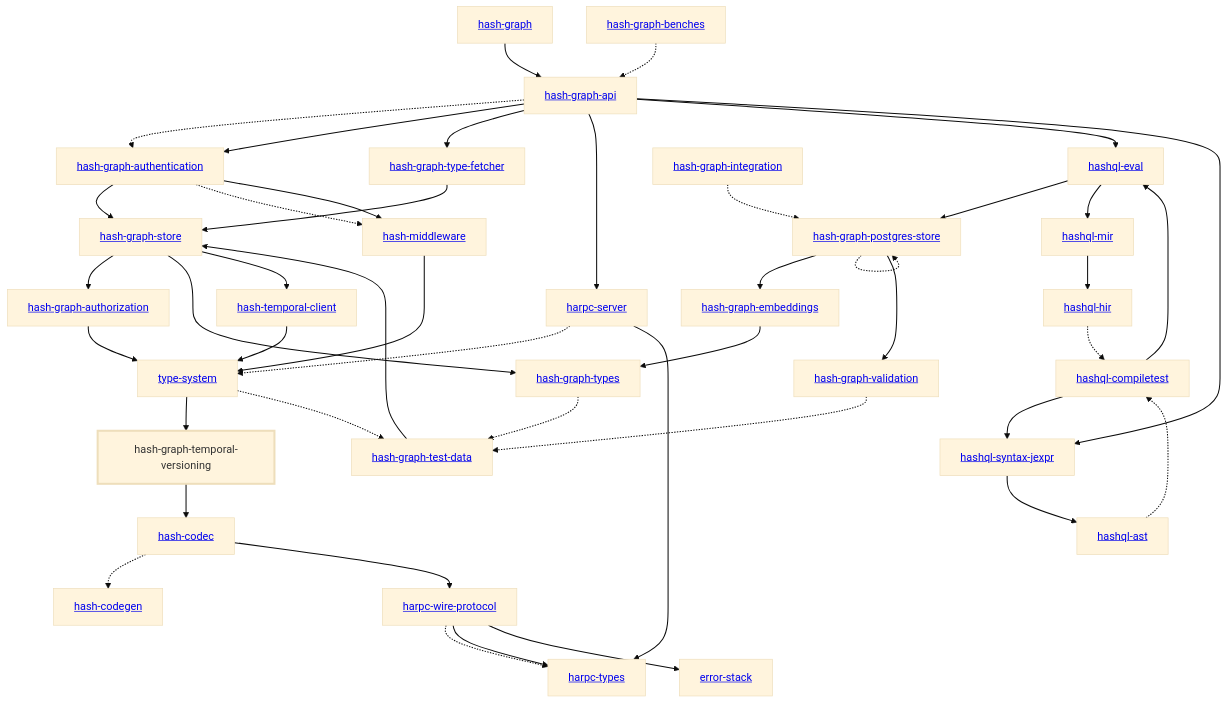
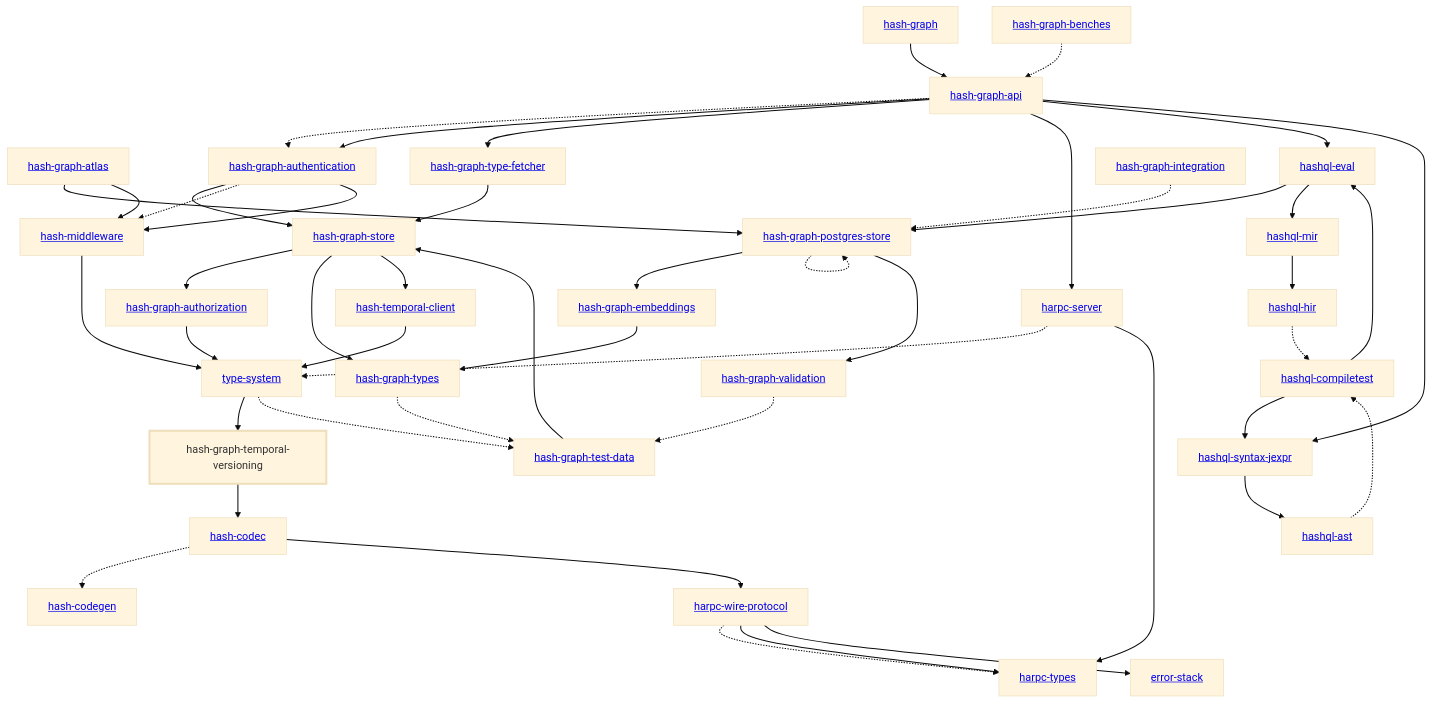
The diagram in libs/@local/graph/temporal-versioning/docs/dependency-diagram.mmd (hashintel/hash), drawn with Mermaid (base theme) before and after one commit. The commit also changed 647 other files, not shown here.

Commit message:
BE-782: Fit 2D semantic maps over graph entities and serve them as tiles (#9305)

```diff
--- a/libs/@local/graph/temporal-versioning/docs/dependency-diagram.mmd
+++ b/libs/@local/graph/temporal-versioning/docs/dependency-diagram.mmd
@@ -1,84 +1,87 @@
 graph TD
     linkStyle default stroke-width:1.5px
     classDef default stroke-width:1px
     classDef root stroke-width:3px
     classDef dev stroke-width:1px
     classDef build stroke-width:1px
     %% Legend
     %% --> : Normal dependency
     %% -.-> : Dev dependency
     %% ---> : Build dependency
     0[<a href="../hash_graph/index.html">hash-graph</a>]
     1[<a href="../type_system/index.html">type-system</a>]
     2[<a href="../hash_codec/index.html">hash-codec</a>]
     3[<a href="../hash_codegen/index.html">hash-codegen</a>]
     4[<a href="../hash_graph_api/index.html">hash-graph-api</a>]
-    5[<a href="../hash_graph_authentication/index.html">hash-graph-authentication</a>]
-    6[<a href="../hash_graph_authorization/index.html">hash-graph-authorization</a>]
-    7[<a href="../hash_graph_embeddings/index.html">hash-graph-embeddings</a>]
-    8[<a href="../hash_graph_postgres_store/index.html">hash-graph-postgres-store</a>]
-    9[<a href="../hash_graph_store/index.html">hash-graph-store</a>]
-    10[hash-graph-temporal-versioning]
-    class 10 root
-    11[<a href="../hash_graph_type_fetcher/index.html">hash-graph-type-fetcher</a>]
-    12[<a href="../hash_graph_types/index.html">hash-graph-types</a>]
-    13[<a href="../hash_graph_validation/index.html">hash-graph-validation</a>]
-    14[<a href="../harpc_server/index.html">harpc-server</a>]
-    15[<a href="../harpc_types/index.html">harpc-types</a>]
-    16[<a href="../harpc_wire_protocol/index.html">harpc-wire-protocol</a>]
-    17[<a href="../hashql_ast/index.html">hashql-ast</a>]
-    18[<a href="../hashql_compiletest/index.html">hashql-compiletest</a>]
-    19[<a href="../hashql_eval/index.html">hashql-eval</a>]
-    20[<a href="../hashql_hir/index.html">hashql-hir</a>]
-    21[<a href="../hashql_mir/index.html">hashql-mir</a>]
-    22[<a href="../hashql_syntax_jexpr/index.html">hashql-syntax-jexpr</a>]
-    23[<a href="../hash_middleware/index.html">hash-middleware</a>]
-    24[<a href="../hash_temporal_client/index.html">hash-temporal-client</a>]
-    25[<a href="../error_stack/index.html">error-stack</a>]
-    26[<a href="../hash_graph_benches/index.html">hash-graph-benches</a>]
-    27[<a href="../hash_graph_integration/index.html">hash-graph-integration</a>]
-    28[<a href="../hash_graph_test_data/index.html">hash-graph-test-data</a>]
+    5[<a href="../hash_graph_atlas/index.html">hash-graph-atlas</a>]
+    6[<a href="../hash_graph_authentication/index.html">hash-graph-authentication</a>]
+    7[<a href="../hash_graph_authorization/index.html">hash-graph-authorization</a>]
+    8[<a href="../hash_graph_embeddings/index.html">hash-graph-embeddings</a>]
+    9[<a href="../hash_graph_postgres_store/index.html">hash-graph-postgres-store</a>]
+    10[<a href="../hash_graph_store/index.html">hash-graph-store</a>]
+    11[hash-graph-temporal-versioning]
+    class 11 root
+    12[<a href="../hash_graph_type_fetcher/index.html">hash-graph-type-fetcher</a>]
+    13[<a href="../hash_graph_types/index.html">hash-graph-types</a>]
+    14[<a href="../hash_graph_validation/index.html">hash-graph-validation</a>]
+    15[<a href="../harpc_server/index.html">harpc-server</a>]
+    16[<a href="../harpc_types/index.html">harpc-types</a>]
+    17[<a href="../harpc_wire_protocol/index.html">harpc-wire-protocol</a>]
+    18[<a href="../hashql_ast/index.html">hashql-ast</a>]
+    19[<a href="../hashql_compiletest/index.html">hashql-compiletest</a>]
+    20[<a href="../hashql_eval/index.html">hashql-eval</a>]
+    21[<a href="../hashql_hir/index.html">hashql-hir</a>]
+    22[<a href="../hashql_mir/index.html">hashql-mir</a>]
+    23[<a href="../hashql_syntax_jexpr/index.html">hashql-syntax-jexpr</a>]
+    24[<a href="../hash_middleware/index.html">hash-middleware</a>]
+    25[<a href="../hash_temporal_client/index.html">hash-temporal-client</a>]
+    26[<a href="../error_stack/index.html">error-stack</a>]
+    27[<a href="../hash_graph_benches/index.html">hash-graph-benches</a>]
+    28[<a href="../hash_graph_integration/index.html">hash-graph-integration</a>]
+    29[<a href="../hash_graph_test_data/index.html">hash-graph-test-data</a>]
     0 --> 4
-    1 --> 10
-    1 -.-> 28
+    1 --> 11
+    1 -.-> 29
     2 -.-> 3
-    2 --> 16
-    4 -.-> 5
-    4 --> 5
-    4 --> 11
-    4 --> 14
-    4 --> 19
-    4 --> 22
+    2 --> 17
+    4 -.-> 6
+    4 --> 6
+    4 --> 12
+    4 --> 15
+    4 --> 20
+    4 --> 23
     5 --> 9
-    5 -.-> 23
-    5 --> 23
-    6 --> 1
-    7 --> 12
-    8 --> 7
-    8 -.-> 8
+    5 --> 24
+    6 --> 10
+    6 -.-> 24
+    6 --> 24
+    7 --> 1
     8 --> 13
-    9 --> 6
-    9 --> 12
-    9 --> 24
-    10 --> 2
-    11 --> 9
-    12 -.-> 28
-    13 -.-> 28
-    14 -.-> 1
-    14 --> 15
-    16 -.-> 15
-    16 --> 15
-    16 --> 25
-    17 -.-> 18
-    18 --> 19
-    18 --> 22
-    19 --> 8
-    19 --> 21
-    20 -.-> 18
-    21 --> 20
-    22 --> 17
-    23 --> 1
+    9 --> 8
+    9 -.-> 9
+    9 --> 14
+    10 --> 7
+    10 --> 13
+    10 --> 25
+    11 --> 2
+    12 --> 10
+    13 -.-> 29
+    14 -.-> 29
+    15 -.-> 1
+    15 --> 16
+    17 -.-> 16
+    17 --> 16
+    17 --> 26
+    18 -.-> 19
+    19 --> 20
+    19 --> 23
+    20 --> 9
+    20 --> 22
+    21 -.-> 19
+    22 --> 21
+    23 --> 18
     24 --> 1
-    26 -.-> 4
-    27 -.-> 8
-    28 --> 9
+    25 --> 1
+    27 -.-> 4
+    28 -.-> 9
+    29 --> 10
```
